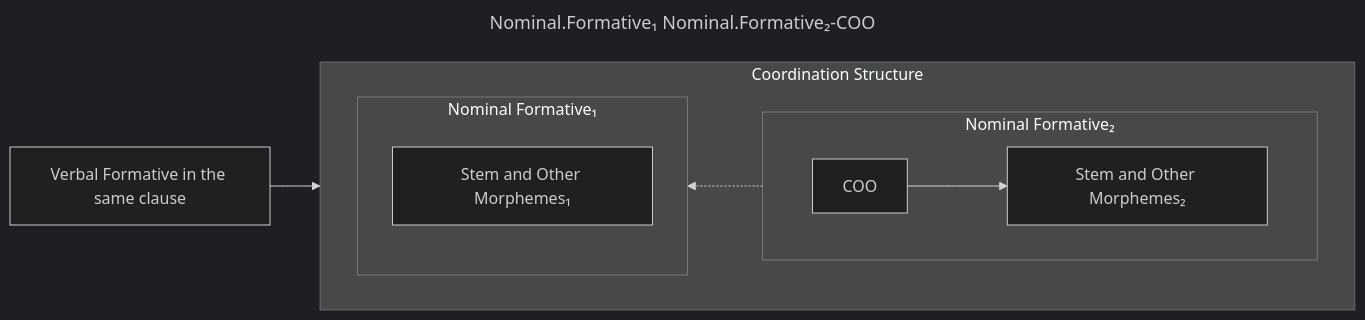
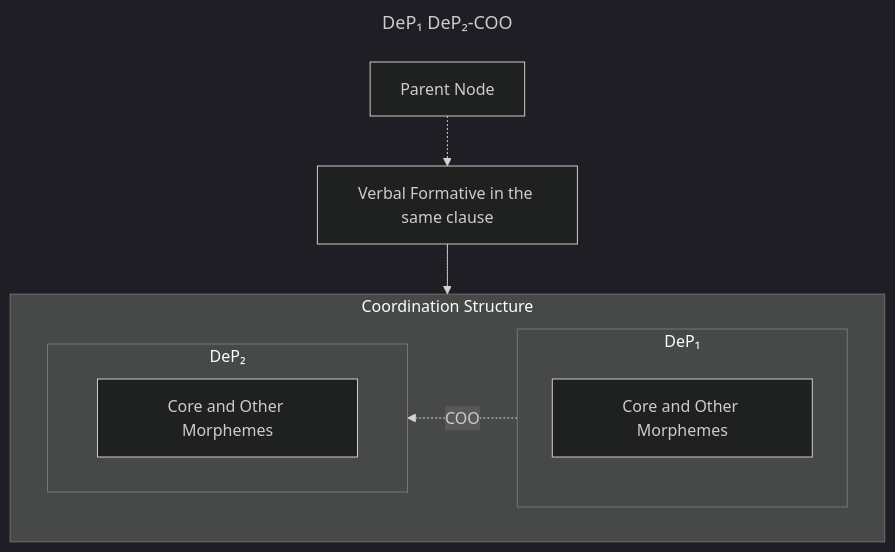
One commit to yuorb/yuorb.github.io changed the eighth of 11 diagrams in src/en/docs/scoping.md. Above: the diagram before and after it, drawn with Mermaid (dark theme). The commit also changed other lines of this file, not shown here.

````diff
--- a/src/en/docs/scoping.md
+++ b/src/en/docs/scoping.md
@@ -198,21 +400,19 @@
 ```mermaid
 ---
-title: Nominal.Formative₁ Nominal.Formative₂-COO
+title: DeP₁ DeP₂-COO
 ---
-
-flowchart LR
+flowchart TB
     subgraph cs[Coordination Structure]
      direction RL
-        subgraph f1[Nominal Formative₁]
-        a[Stem and Other Morphemes₁]
+        subgraph f1[DeP₁]
+        a[Core and Other Morphemes]
         end
-        subgraph f2[Nominal Formative₂]
+        subgraph f2[DeP₂]
         direction LR
-        b[COO]
-        c[Stem and Other Morphemes₂]
-        b-->c
+        b[Core and Other Morphemes]
         end
-    b -.-> f1
+    f1 -.->|COO| f2
     end
     v[Verbal Formative in the same clause]-->cs
+    pn[Parent Node]-.->v
 ```
````
